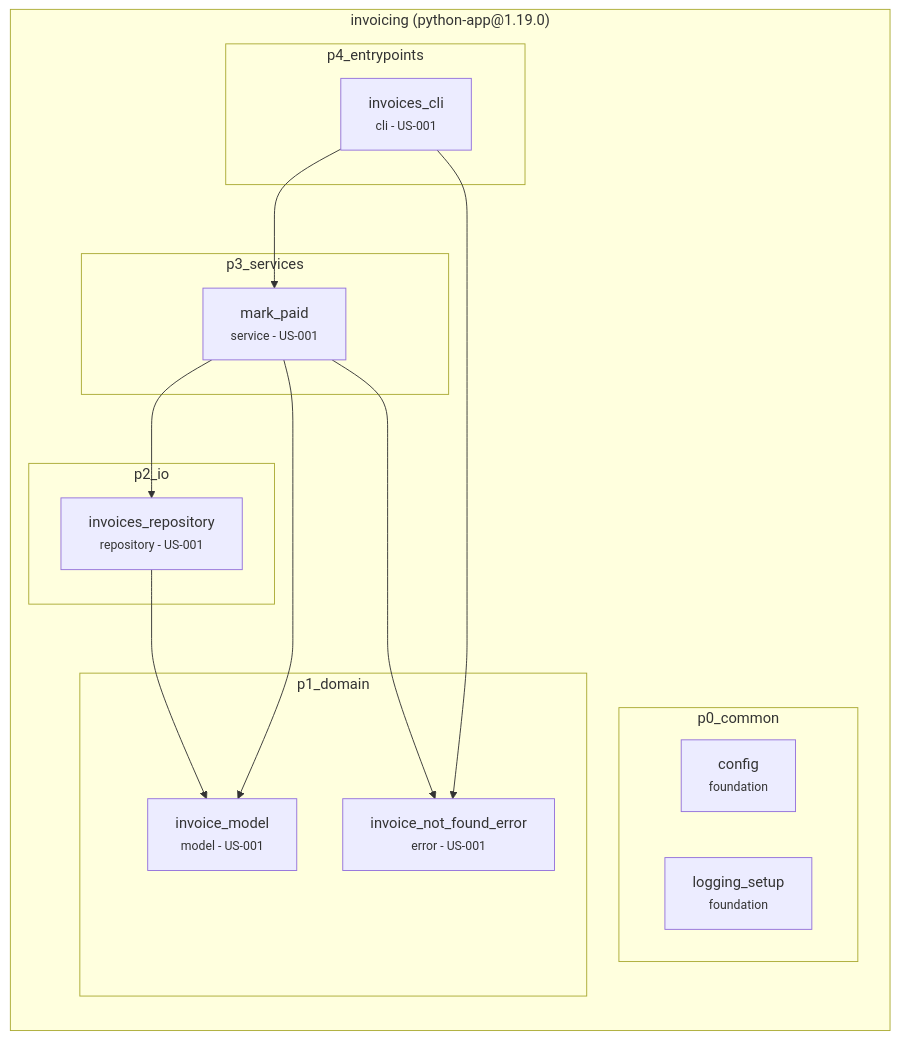
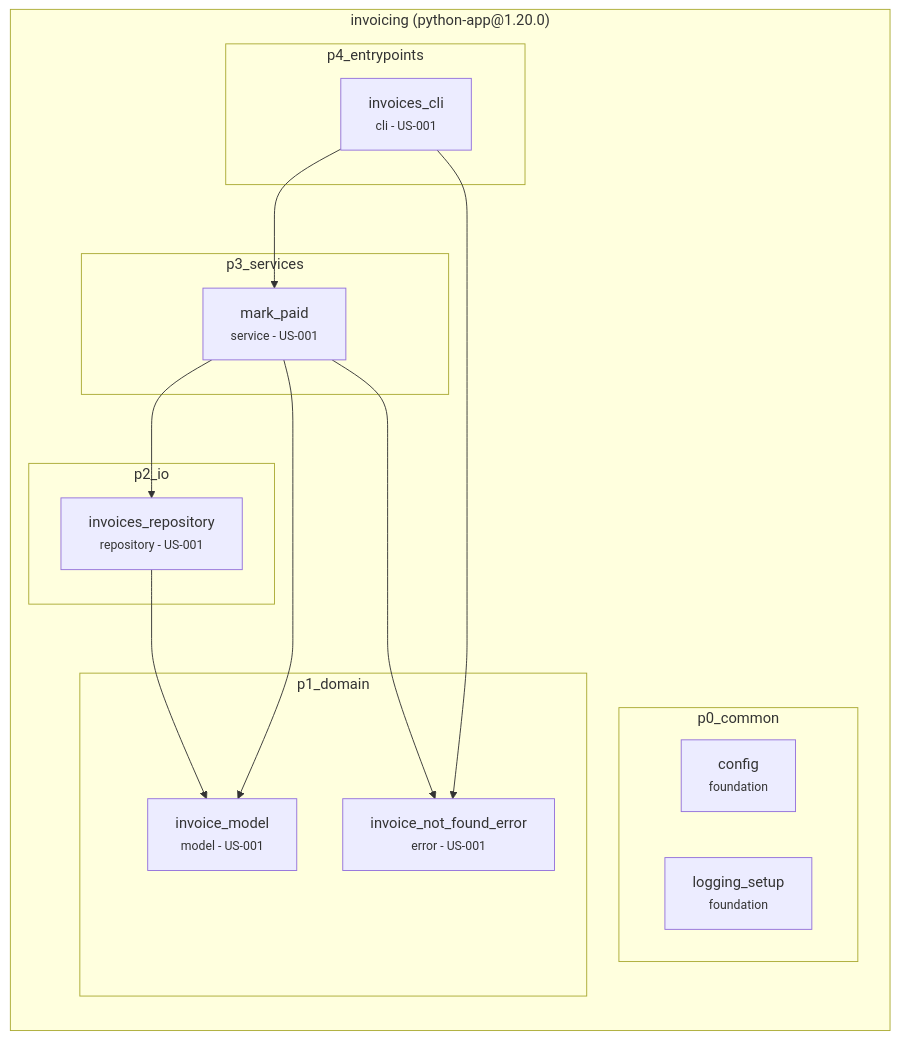
The diagram in contract/archvow/examples/python-app/.archvow/spec.md (archvow/archvow-plugin), drawn with Mermaid before and after one commit. The commit also changed other lines of this file and 92 other files, not shown here.

````diff
--- a/contract/archvow/examples/python-app/.archvow/spec.md
+++ b/contract/archvow/examples/python-app/.archvow/spec.md
@@ -11,30 +11,30 @@
 ```mermaid
 flowchart TB
-  subgraph invoicing["invoicing (python-app@1.19.0)"]
+  subgraph invoicing["invoicing (python-app@1.20.0)"]
     direction TB
     subgraph invoicing__p0_common["p0_common"]
       invoicing__config["config<br/><small>foundation</small>"]
       invoicing__logging_setup["logging_setup<br/><small>foundation</small>"]
     end
     subgraph invoicing__p1_domain["p1_domain"]
       invoicing__invoice_model["invoice_model<br/><small>model - US-001</small>"]
       invoicing__invoice_not_found_error["invoice_not_found_error<br/><small>error - US-001</small>"]
     end
     subgraph invoicing__p2_io["p2_io"]
       invoicing__invoices_repository["invoices_repository<br/><small>repository - US-001</small>"]
     end
     subgraph invoicing__p3_services["p3_services"]
       invoicing__mark_paid["mark_paid<br/><small>service - US-001</small>"]
     end
     subgraph invoicing__p4_entrypoints["p4_entrypoints"]
       invoicing__invoices_cli["invoices_cli<br/><small>cli - US-001</small>"]
     end
   end
   invoicing__invoices_repository --> invoicing__invoice_model
   invoicing__mark_paid --> invoicing__invoice_model
   invoicing__mark_paid --> invoicing__invoice_not_found_error
   invoicing__mark_paid --> invoicing__invoices_repository
   invoicing__invoices_cli --> invoicing__mark_paid
   invoicing__invoices_cli --> invoicing__invoice_not_found_error
   classDef empty fill:none,stroke:none
 ```
````
